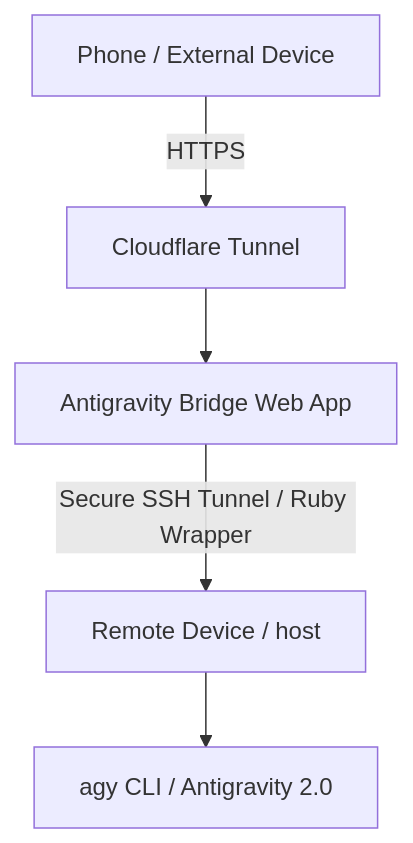
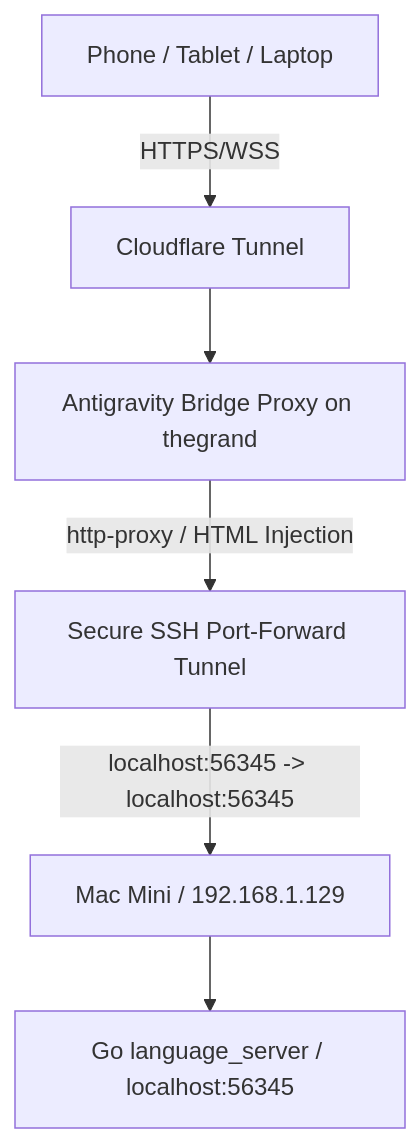
One commit to TheEmeryverse/antigravity-bridge changed the diagram in README.md. Above: the diagram before and after it, drawn with Mermaid. The commit also changed other lines of this file, not shown here.

Commit message:
Update README.md to document the official Antigravity 2.0 Web Proxy architecture, shims, responsive design, and deploy instructions

````diff
--- a/README.md
+++ b/README.md
@@ -5,13 +5,15 @@
 ```mermaid
 graph TD
-    Client[Phone / External Device]
+    Client[Phone / Tablet / Laptop]
     Cloudflare[Cloudflare Tunnel]
-    Bridge[Antigravity Bridge Web App]
-    RemoteDevice[Remote Device / host]
-    Agy[agy CLI / Antigravity 2.0]
+    Bridge[Antigravity Bridge Proxy on thegrand]
+    SSH[Secure SSH Port-Forward Tunnel]
+    MacMini[Mac Mini / 192.168.1.129]
+    GoServer[Go language_server / localhost:56345]
 
-    Client -- HTTPS --> Cloudflare
+    Client -- HTTPS/WSS --> Cloudflare
     Cloudflare --> Bridge
-    Bridge -- Secure SSH Tunnel / Ruby Wrapper --> RemoteDevice
-    RemoteDevice --> Agy
+    Bridge -- http-proxy / HTML Injection --> SSH
+    SSH -- localhost:56345 -> localhost:56345 --> MacMini
+    MacMini --> GoServer
 ```
````
